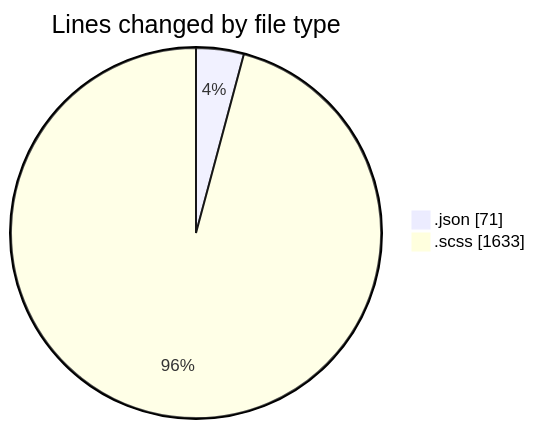
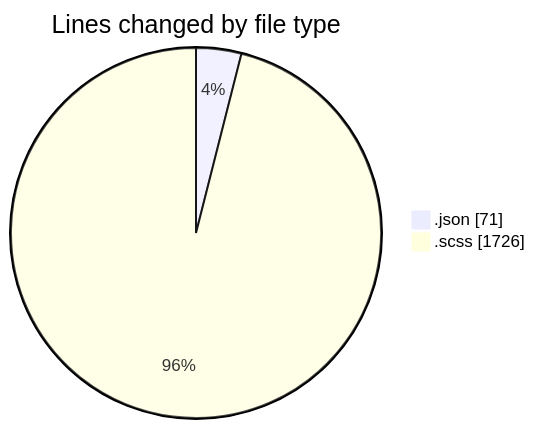
Before and after one commit to momahboobian/code-tracking: the first of 2 diagrams in 2026-01-22/cda/README.md, drawn with Mermaid. The commit also changed other lines of this file and 1 other file, not shown here.

````diff
--- a/2026-01-22/cda/README.md
+++ b/2026-01-22/cda/README.md
@@ -31,6 +32,6 @@
 ```mermaid
 pie showData
 title Lines changed by file type
 ".json" : 71
-".scss" : 1633
+".scss" : 1726
 ```
````
